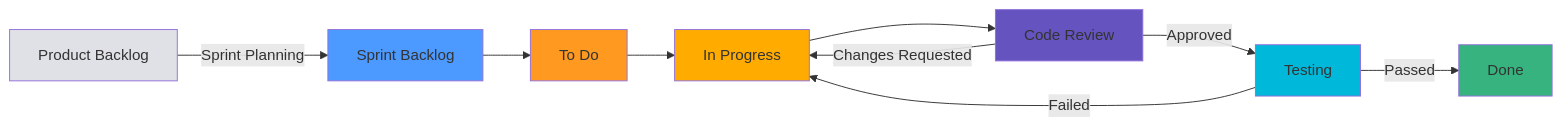
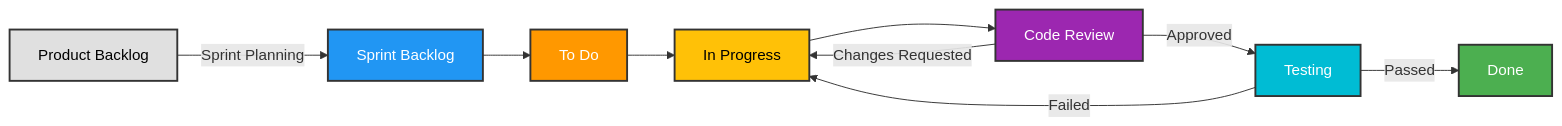
One commit to paelsam/class_smart_microservices changed the sixth of 6 diagrams in README.md. Above: the diagram before and after it, drawn with Mermaid. The commit also changed other lines of this file, not shown here.

````diff
--- a/README.md
+++ b/README.md
@@ -744,27 +741,27 @@
 ```mermaid
 graph LR
     BACKLOG[Product Backlog]
     SPRINT[Sprint Backlog]
     TODO[To Do]
     PROGRESS[In Progress]
     REVIEW[Code Review]
     TESTING[Testing]
     DONE[Done]
     
     BACKLOG -->|Sprint Planning| SPRINT
     SPRINT --> TODO
     TODO --> PROGRESS
     PROGRESS --> REVIEW
     REVIEW -->|Approved| TESTING
     REVIEW -->|Changes Requested| PROGRESS
     TESTING -->|Passed| DONE
     TESTING -->|Failed| PROGRESS
     
-    style BACKLOG fill:#dfe1e6
-    style SPRINT fill:#4c9aff
-    style TODO fill:#ff991f
-    style PROGRESS fill:#ffab00
-    style REVIEW fill:#6554c0
-    style TESTING fill:#00b8d9
-    style DONE fill:#36b37e
+    style BACKLOG fill:#e0e0e0,stroke:#333,stroke-width:2px,color:#000
+    style SPRINT fill:#2196f3,stroke:#333,stroke-width:2px,color:#fff
+    style TODO fill:#ff9800,stroke:#333,stroke-width:2px,color:#fff
+    style PROGRESS fill:#ffc107,stroke:#333,stroke-width:2px,color:#000
+    style REVIEW fill:#9c27b0,stroke:#333,stroke-width:2px,color:#fff
+    style TESTING fill:#00bcd4,stroke:#333,stroke-width:2px,color:#fff
+    style DONE fill:#4caf50,stroke:#333,stroke-width:2px,color:#fff
 ```
````
